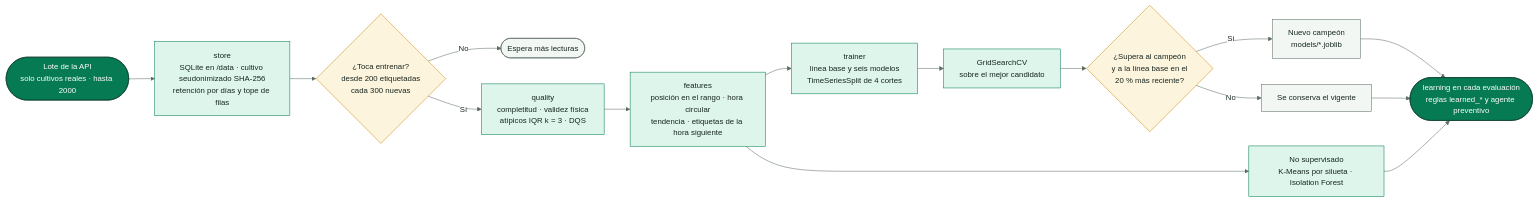
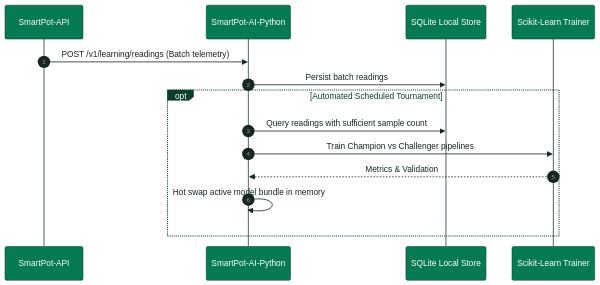
Before and after one commit to SmartPotTech/SmartPot-AI-Python: the third of 4 diagrams in docs/SmartPot_AI_Documentation.md, drawn with Mermaid. The commit also changed other lines of this file and 15 other files, not shown here.

Commit message:
docs(specs): standardize legacy english documentation, notices, diagrams, and manuals

````diff
--- a/docs/SmartPot_AI_Documentation.md
+++ b/docs/SmartPot_AI_Documentation.md
@@ -164,27 +118,17 @@
 ```mermaid
 %%{init: {"theme": "base", "fontFamily": "Segoe UI, Arial, sans-serif", "themeVariables": {"fontFamily": "Segoe UI, Arial, sans-serif", "fontSize": "15px", "primaryColor": "#DDF5EA", "primaryTextColor": "#17261F", "primaryBorderColor": "#067A52", "secondaryColor": "#E3F2FB", "secondaryTextColor": "#17261F", "secondaryBorderColor": "#1F6FA0", "tertiaryColor": "#F2F7F4", "tertiaryTextColor": "#17261F", "tertiaryBorderColor": "#D5E3DC", "lineColor": "#5B6B63", "textColor": "#17261F", "mainBkg": "#DDF5EA", "nodeBorder": "#067A52", "clusterBkg": "#F7FAF8", "clusterBorder": "#D5E3DC", "edgeLabelBackground": "#FFFFFF", "actorBkg": "#067A52", "actorBorder": "#0B3D2B", "actorTextColor": "#FFFFFF", "actorLineColor": "#5B6B63", "signalColor": "#17261F", "signalTextColor": "#17261F", "labelBoxBkgColor": "#0B3D2B", "labelBoxBorderColor": "#0B3D2B", "labelTextColor": "#FFFFFF", "loopTextColor": "#0B3D2B", "noteBkgColor": "#FDF4DD", "noteBorderColor": "#C98D12", "noteTextColor": "#17261F", "activationBkgColor": "#DDF5EA", "activationBorderColor": "#067A52", "attributeBackgroundColorOdd": "#FFFFFF", "attributeBackgroundColorEven": "#F2F7F4"}}}%%
-flowchart LR
-  batch(["Lote de la API<br/>solo cultivos reales · hasta 2000"]) --> store["store<br/>SQLite en /data · cultivo seudonimizado SHA-256<br/>retención por días y tope de filas"]
-  store --> trigger{"¿Toca entrenar?<br/>desde 200 etiquetadas<br/>cada 300 nuevas"}
-  trigger -->|"No"| wait(["Espera más lecturas"])
-  trigger -->|"Sí"| quality["quality<br/>completitud · validez física<br/>atípicos IQR k = 3 · DQS"]
-  quality --> features["features<br/>posición en el rango · hora circular<br/>tendencia · etiquetas de la hora siguiente"]
-  features --> compare["trainer<br/>línea base y seis modelos<br/>TimeSeriesSplit de 4 cortes"]
-  compare --> tune["GridSearchCV<br/>sobre el mejor candidato"]
-  tune --> duel{"¿Supera al campeón<br/>y a la línea base en el<br/>20 % más reciente?"}
-  duel -->|"Sí"| champion["Nuevo campeón<br/>models/*.joblib"]
-  duel -->|"No"| keep["Se conserva el vigente"]
-  features --> unsup["No supervisado<br/>K-Means por silueta · Isolation Forest"]
-  champion & keep & unsup --> use(["learning en cada evaluación<br/>reglas learned_* y agente preventivo"])
-  classDef leaf fill:#DDF5EA,stroke:#067A52,color:#17261F
-  classDef water fill:#E3F2FB,stroke:#1F6FA0,color:#17261F
-  classDef sun fill:#FDF4DD,stroke:#C98D12,color:#17261F
-  classDef clay fill:#FBE9E1,stroke:#B85A38,color:#17261F
-  classDef core fill:#067A52,stroke:#0B3D2B,color:#FFFFFF
-  classDef deep fill:#0B3D2B,stroke:#06281C,color:#FFFFFF
-  classDef muted fill:#F2F7F4,stroke:#5B6B63,color:#17261F
-  class batch,use core
-  class store,quality,features,compare,tune,unsup leaf
-  class trigger,duel sun
-  class champion,keep,wait muted
+sequenceDiagram
+  autonumber
+  participant API as SmartPot-API
+  participant AI as SmartPot-AI-Python
+  participant SQLite as SQLite Local Store
+  participant SK as Scikit-Learn Trainer
+  API->>AI: POST /v1/learning/readings (Batch telemetry)
+  AI->>SQLite: Persist batch readings
+  opt Automated Scheduled Tournament
+    AI->>SQLite: Query readings with sufficient sample count
+    AI->>SK: Train Champion vs Challenger pipelines
+    SK-->>AI: Metrics & Validation
+    AI->>AI: Hot swap active model bundle in memory
+  end
 ```
````
